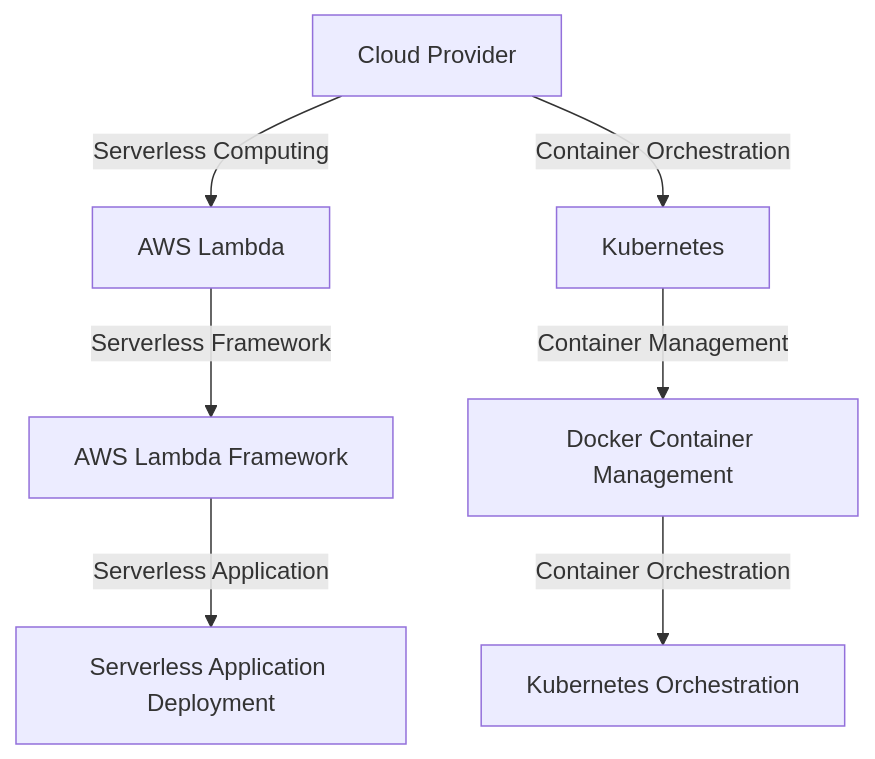
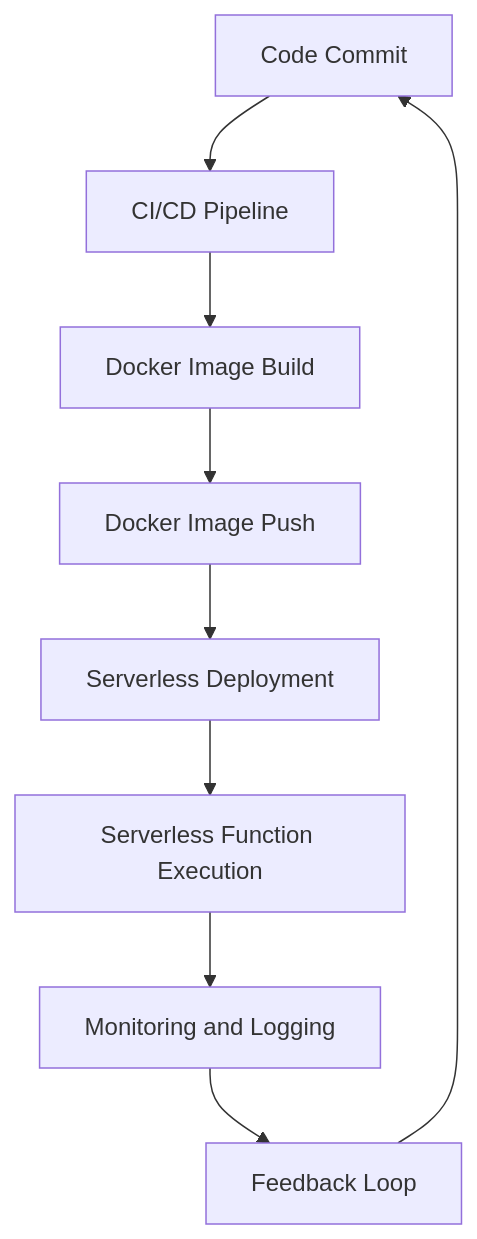
One commit to baaghinitesh/dailly-notes changed the diagram in docs/blogs/The_Complete_Guide_to_Serverless_Docker_Optimization_Implementations_Part_2.md. Above: the diagram before and after it, drawn with Mermaid. The commit also changed other lines of this file and 5 other files, not shown here.

````diff
--- a/docs/blogs/The_Complete_Guide_to_Serverless_Docker_Optimization_Implementations_Part_2.md
+++ b/docs/blogs/The_Complete_Guide_to_Serverless_Docker_Optimization_Implementations_Part_2.md
@@ -49,9 +30,11 @@
 ```mermaid
 flowchart TD
-    A[Cloud Provider] -->|Serverless Computing| B[AWS Lambda]
-    A -->|Container Orchestration| C[Kubernetes]
-    B -->|Serverless Framework| D[AWS Lambda Framework]
-    C -->|Container Management| E[Docker Container Management]
-    D -->|Serverless Application| F[Serverless Application Deployment]
-    E -->|Container Orchestration| G[Kubernetes Orchestration]
+    A[Code Commit] --> B["CI/CD Pipeline"]
+    B --> C[Docker Image Build]
+    C --> D[Docker Image Push]
+    D --> E[Serverless Deployment]
+    E --> F[Serverless Function Execution]
+    F --> G[Monitoring and Logging]
+    G --> H[Feedback Loop]
+    H --> A
 ```
````
